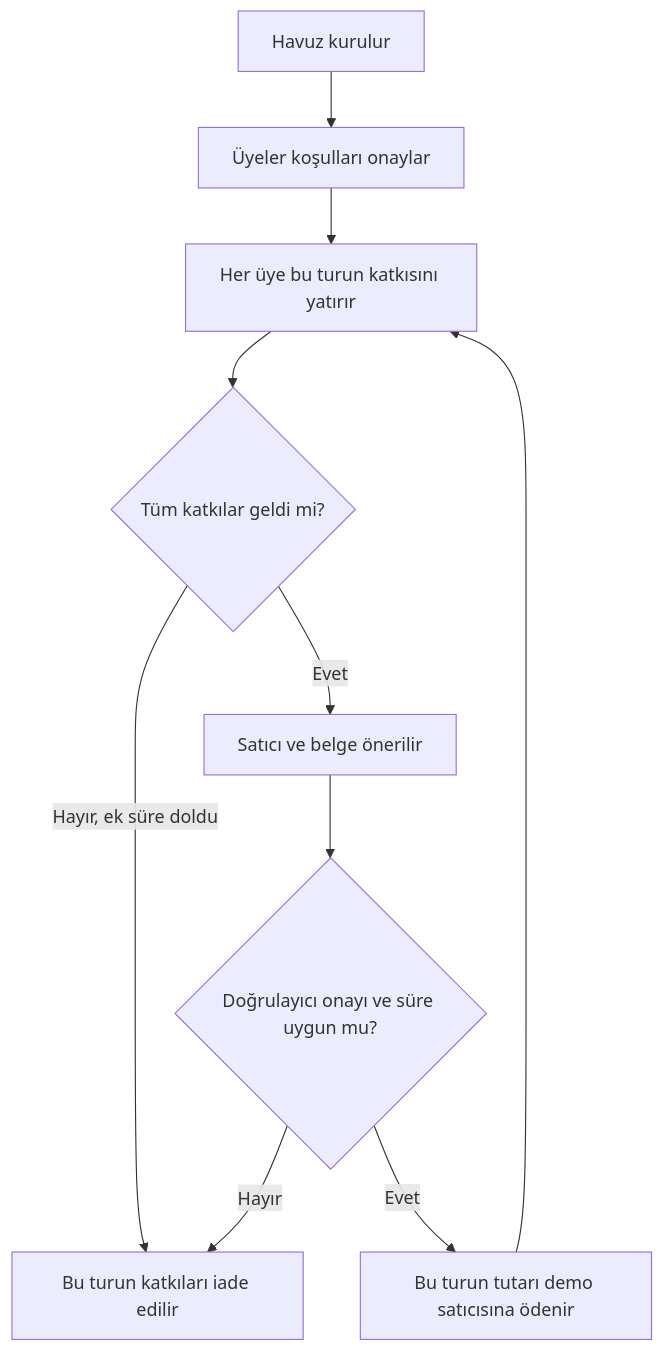
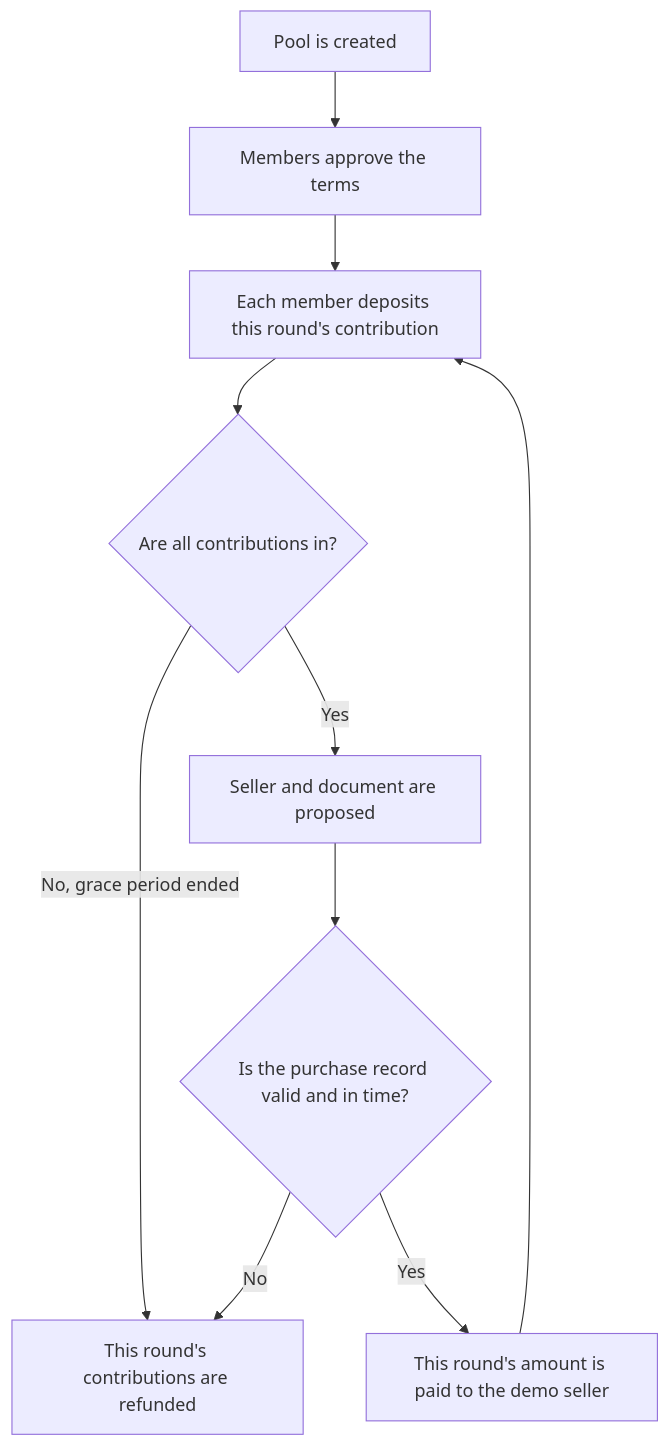
One commit to yusufarslan44/Stellerpool changed the diagram in README.md. Above: the diagram before and after it, drawn with Mermaid. The commit also changed other lines of this file and 56 other files, not shown here.

```diff
--- a/README.md
+++ b/README.md
@@ -93,12 +105,12 @@
 ~~~mermaid
 flowchart TD
-  A[Havuz kurulur] --> B[Üyeler koşulları onaylar]
-  B --> C[Her üye bu turun katkısını yatırır]
-  C --> D{Tüm katkılar geldi mi?}
-  D -->|Hayır, ek süre doldu| E[Bu turun katkıları iade edilir]
-  D -->|Evet| F[Satıcı ve belge önerilir]
-  F --> G{Doğrulayıcı onayı ve süre uygun mu?}
-  G -->|Hayır| E
-  G -->|Evet| H[Bu turun tutarı demo satıcısına ödenir]
+  A[Pool is created] --> B[Members approve the terms]
+  B --> C[Each member deposits this round's contribution]
+  C --> D{Are all contributions in?}
+  D -->|No, grace period ended| E[This round's contributions are refunded]
+  D -->|Yes| F[Seller and document are proposed]
+  F --> G{Is the purchase record valid and in time?}
+  G -->|No| E
+  G -->|Yes| H[This round's amount is paid to the demo seller]
   H --> C
 ~~~
```
